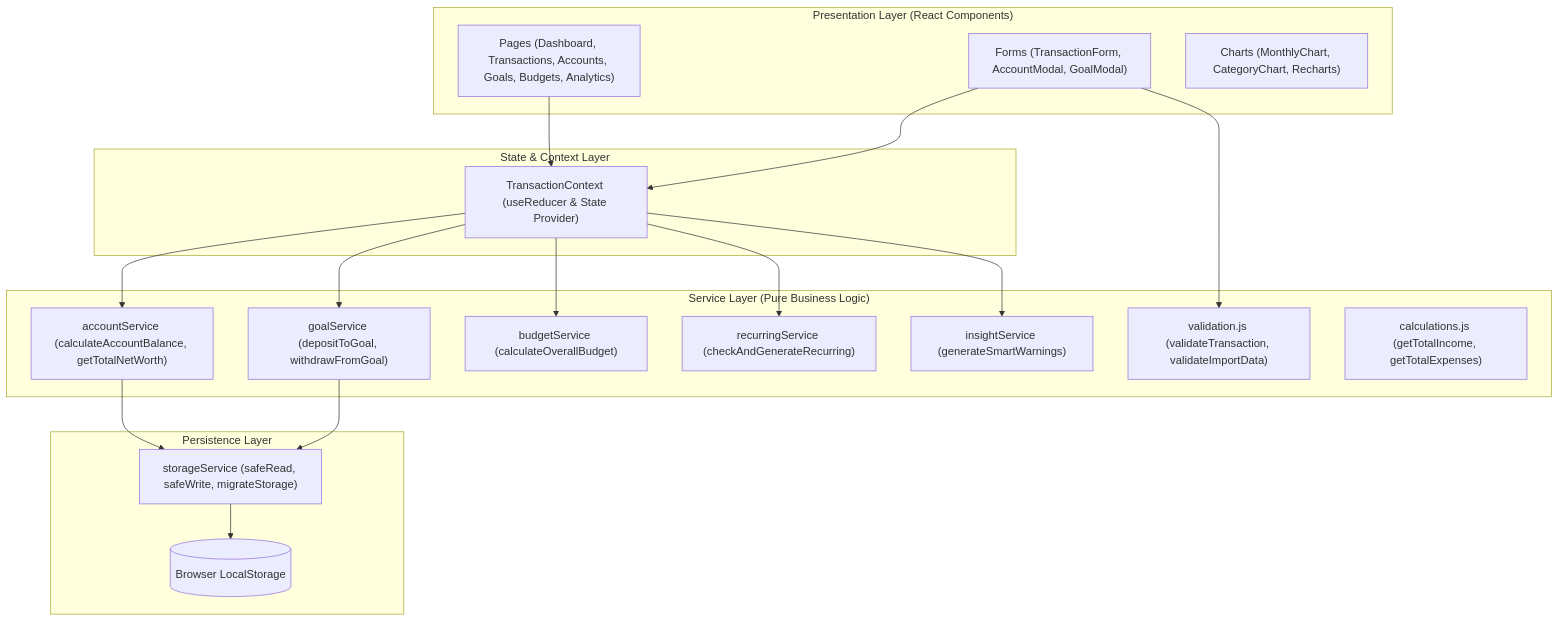
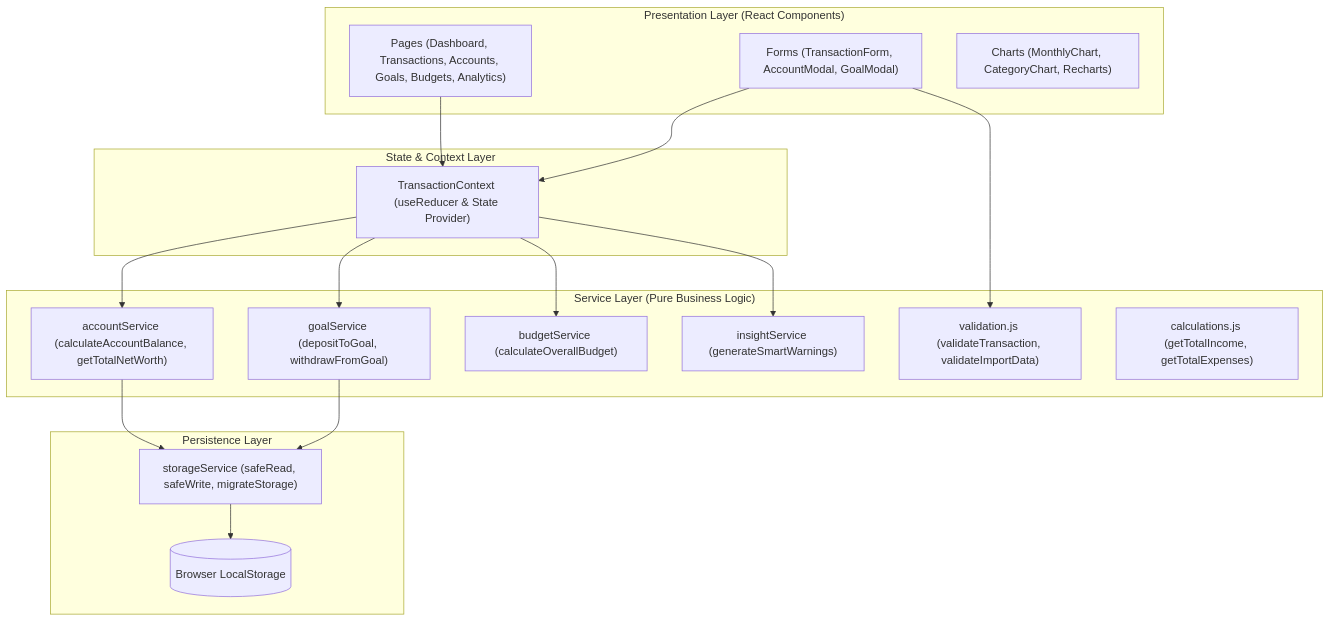
Before and after one commit to sandip234-ui/ExpenseTracker: the first of 3 diagrams in README.md, drawn with Mermaid. The commit also changed other lines of this file and 53 other files, not shown here.

Commit message:
Removed recurring transactions feature and related code, including API endpoints, services, and frontend components. Updated migration scripts and database schema accordingly.

````diff
--- a/README.md
+++ b/README.md
@@ -97,39 +96,37 @@
 ```mermaid
 graph TD
     subgraph UI_Layer ["Presentation Layer (React Components)"]
         Pages["Pages (Dashboard, Transactions, Accounts, Goals, Budgets, Analytics)"]
         Forms["Forms (TransactionForm, AccountModal, GoalModal)"]
         Charts["Charts (MonthlyChart, CategoryChart, Recharts)"]
     end
 
     subgraph State_Layer ["State & Context Layer"]
         TxnContext["TransactionContext (useReducer & State Provider)"]
     end
 
     subgraph Service_Layer ["Service Layer (Pure Business Logic)"]
         AccService["accountService (calculateAccountBalance, getTotalNetWorth)"]
         GoalService["goalService (depositToGoal, withdrawFromGoal)"]
         BdgService["budgetService (calculateOverallBudget)"]
-        RecService["recurringService (checkAndGenerateRecurring)"]
         InsService["insightService (generateSmartWarnings)"]
         ValUtils["validation.js (validateTransaction, validateImportData)"]
         CalcUtils["calculations.js (getTotalIncome, getTotalExpenses)"]
     end
 
     subgraph Storage_Layer ["Persistence Layer"]
         StorageService["storageService (safeRead, safeWrite, migrateStorage)"]
         LocalStorage[("Browser LocalStorage")]
     end
 
     Pages --> TxnContext
     Forms --> ValUtils
     Forms --> TxnContext
     TxnContext --> AccService
     TxnContext --> GoalService
     TxnContext --> BdgService
-    TxnContext --> RecService
     TxnContext --> InsService
     AccService --> StorageService
     GoalService --> StorageService
     StorageService --> LocalStorage
 ```
````
